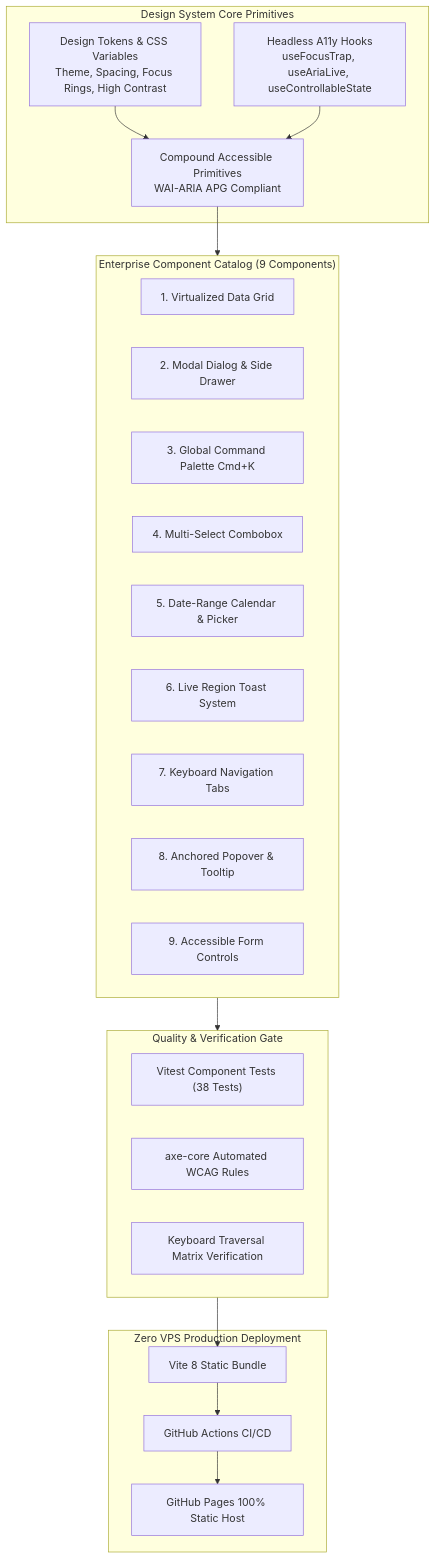
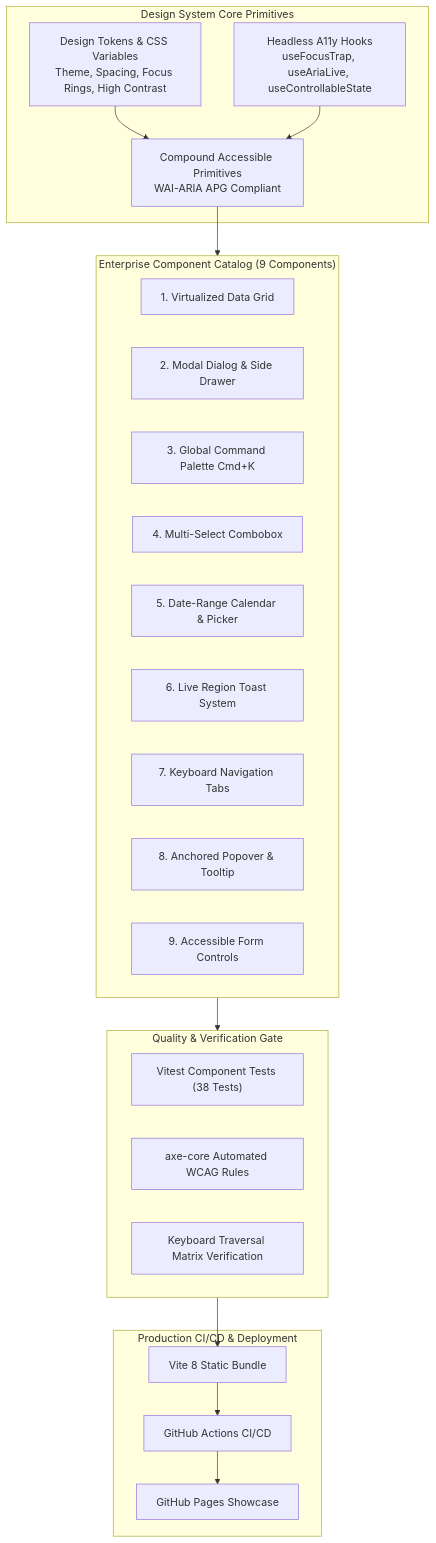
One commit to DonytXz/accessible-ui changed the diagram in README.md. Above: the diagram before and after it, drawn with Mermaid. The commit also changed other lines of this file and 1 other file, not shown here.

Commit message:
refactor: remove zero VPS phrasing and focus on enterprise architecture

````diff
--- a/README.md
+++ b/README.md
@@ -33,39 +33,39 @@
 ```mermaid
 flowchart TB
     subgraph Core ["Design System Core Primitives"]
         Tokens["Design Tokens & CSS Variables<br/>Theme, Spacing, Focus Rings, High Contrast"]
         Hooks["Headless A11y Hooks<br/>useFocusTrap, useAriaLive, useControllableState"]
         Primitives["Compound Accessible Primitives<br/>WAI-ARIA APG Compliant"]
     end
 
     subgraph Catalog ["Enterprise Component Catalog (9 Components)"]
         C1["1. Virtualized Data Grid"]
         C2["2. Modal Dialog & Side Drawer"]
         C3["3. Global Command Palette Cmd+K"]
         C4["4. Multi-Select Combobox"]
         C5["5. Date-Range Calendar & Picker"]
         C6["6. Live Region Toast System"]
         C7["7. Keyboard Navigation Tabs"]
         C8["8. Anchored Popover & Tooltip"]
         C9["9. Accessible Form Controls"]
     end
 
     subgraph Quality ["Quality & Verification Gate"]
         Vitest["Vitest Component Tests (38 Tests)"]
         AxeCore["axe-core Automated WCAG Rules"]
         APG["Keyboard Traversal Matrix Verification"]
     end
 
-    subgraph Deployment ["Zero VPS Production Deployment"]
+    subgraph Deployment ["Production CI/CD & Deployment"]
         Vite["Vite 8 Static Bundle"]
         GHActions["GitHub Actions CI/CD"]
-        GHPages["GitHub Pages 100% Static Host"]
+        GHPages["GitHub Pages Showcase"]
     end
 
     Tokens --> Primitives
     Hooks --> Primitives
     Primitives --> Catalog
     Catalog --> Quality
     Quality --> Vite
     Vite --> GHActions --> GHPages
 ```
````
